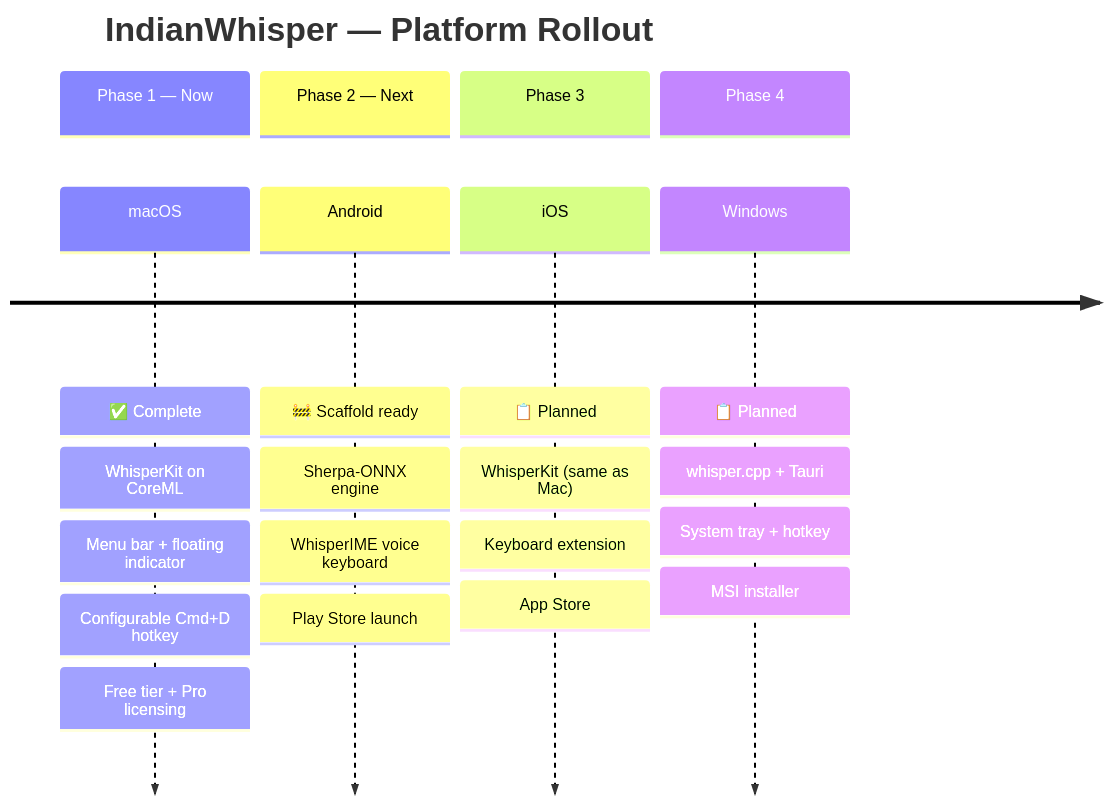
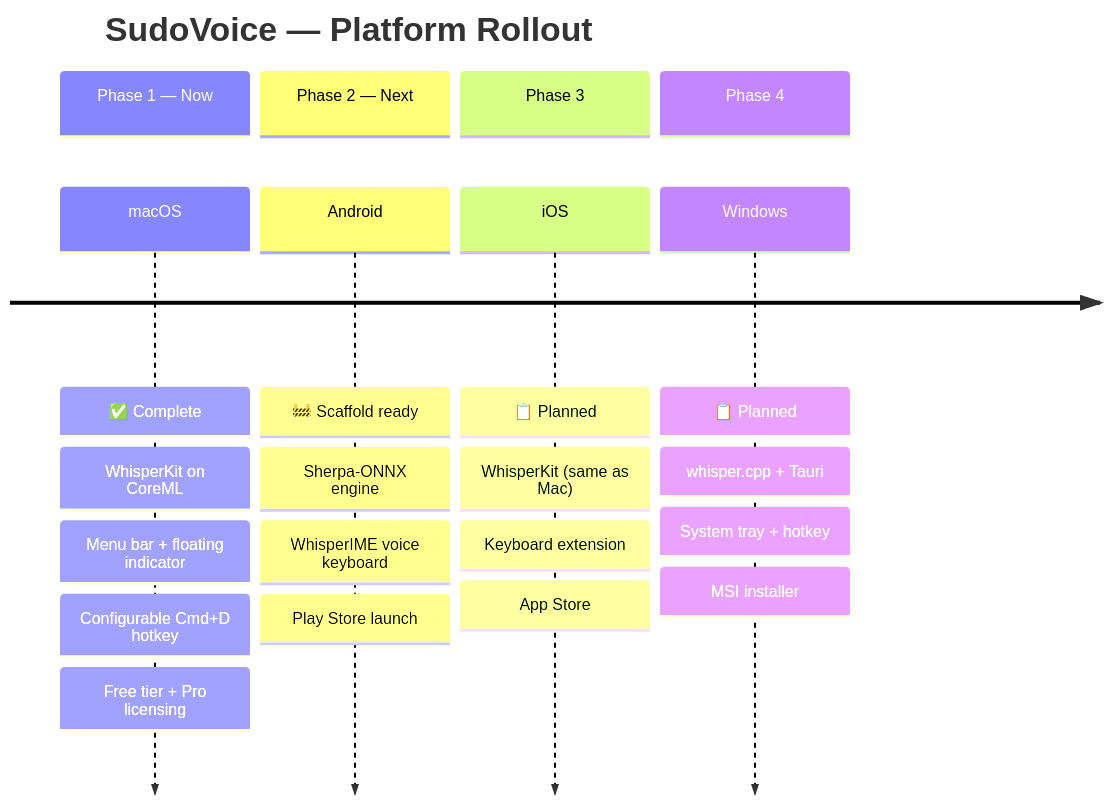
Before and after one commit to Sudo-vishal/sudo-voice: the ninth of 17 diagrams in README.md, drawn with Mermaid. The commit also changed other lines of this file and 33 other files, not shown here.

First line of the commit message:
Rebrand IndianWhisper to SudoVoice

````diff
--- a/README.md
+++ b/README.md
@@ -296,25 +296,25 @@
 ```mermaid
 timeline
-    title IndianWhisper — Platform Rollout
+    title SudoVoice — Platform Rollout
     section Phase 1 — Now
         macOS : ✅ Complete
               : WhisperKit on CoreML
               : Menu bar + floating indicator
               : Configurable Cmd+D hotkey
               : Free tier + Pro licensing
     section Phase 2 — Next
         Android : 🚧 Scaffold ready
                : Sherpa-ONNX engine
                : WhisperIME voice keyboard
                : Play Store launch
     section Phase 3
         iOS : 📋 Planned
             : WhisperKit (same as Mac)
             : Keyboard extension
             : App Store
     section Phase 4
         Windows : 📋 Planned
                 : whisper.cpp + Tauri
                 : System tray + hotkey
                 : MSI installer
 ```
````
